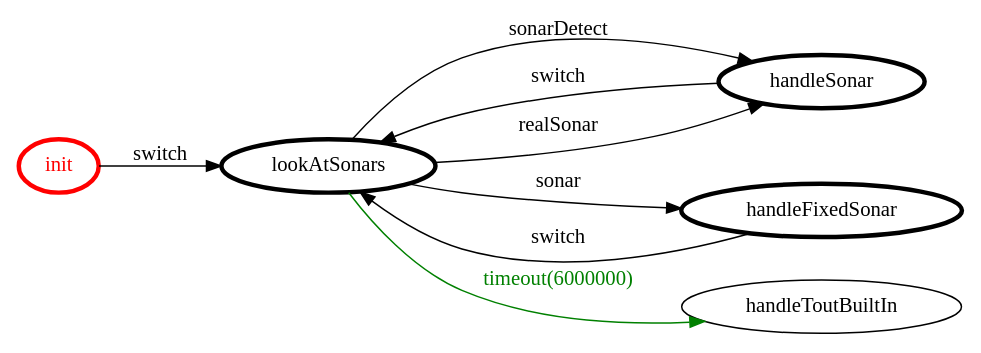
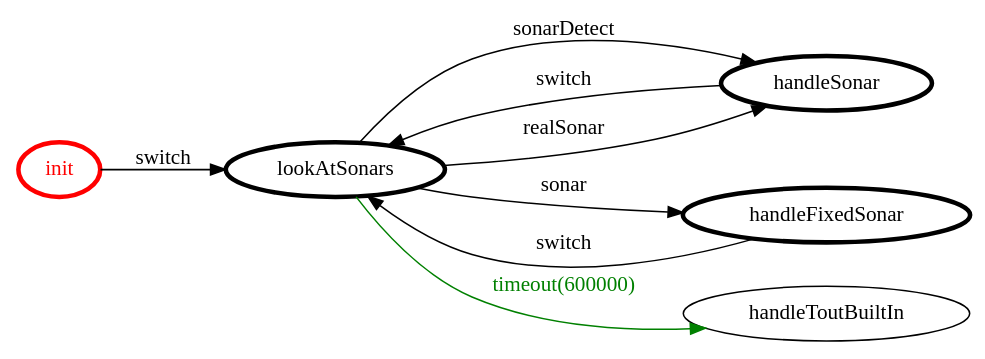
One commit to MatteoMendula/iss2018Lab changed the diagram in it.unibo.mbot/srcMore/it/unibo/roveragent/roveragent.gv. Above: the diagram before and after it, drawn with Graphviz. The commit also changed 156 other files, not shown here.

```diff
--- a/it.unibo.mbot/srcMore/it/unibo/roveragent/roveragent.gv
+++ b/it.unibo.mbot/srcMore/it/unibo/roveragent/roveragent.gv
@@ -1,24 +1,24 @@
 /*
 *
 * A GraphViz DOT FSM description 
 * Please use a GraphViz visualizer (like http://www.webgraphviz.com)
 *  
 */
 
 digraph finite_state_machine {
 	rankdir=LR
 	size="8,5"
 	
 	init [ color = red ][ fontcolor = red ][ penwidth = 3 ]
 	handleSonar [ color = black ][ fontcolor = black ][ penwidth = 3 ]
 	handleFixedSonar [ color = black ][ fontcolor = black ][ penwidth = 3 ]
 	lookAtSonars [ color = black ][ fontcolor = black ][ penwidth = 3 ]
 	
 	init -> lookAtSonars [ label = "switch" ][ color = black ][ fontcolor = black ]
 	lookAtSonars -> handleSonar [ label = "realSonar" ][ color = black ][ fontcolor = black ]
 	handleFixedSonar -> lookAtSonars [ label = "switch" ][ color = black ][ fontcolor = black ]
 	lookAtSonars -> handleFixedSonar [ label = "sonar" ][ color = black ][ fontcolor = black ]
-	lookAtSonars -> handleToutBuiltIn [ label = "timeout(6000000)" ][ color = green ][ fontcolor = green ]
 	lookAtSonars -> handleSonar [ label = "sonarDetect" ][ color = black ][ fontcolor = black ]
 	handleSonar -> lookAtSonars [ label = "switch" ][ color = black ][ fontcolor = black ]
+	lookAtSonars -> handleToutBuiltIn [ label = "timeout(600000)" ][ color = green ][ fontcolor = green ]
 }
```
